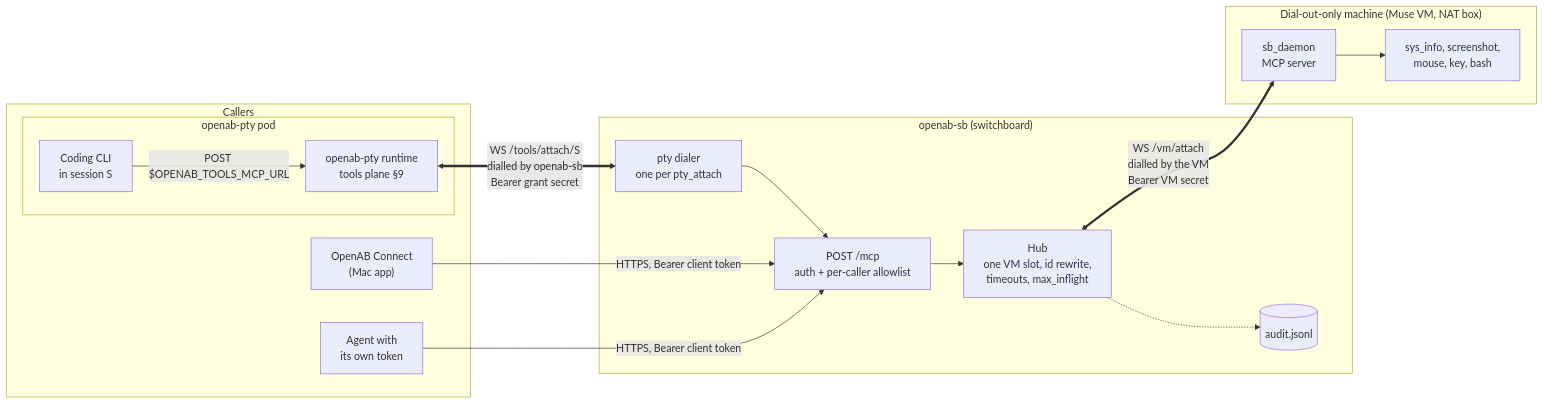
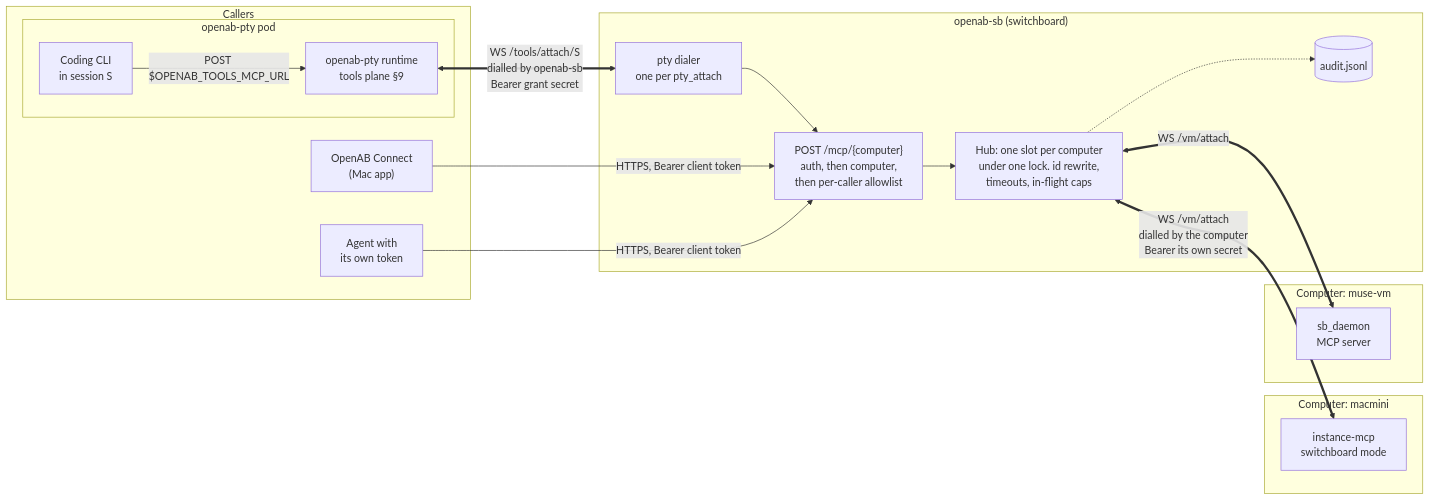
The diagram in README.md (openabdev/openab-sb), drawn with Mermaid before and after one commit. The commit also changed other lines of this file and 10 other files, not shown here.

First line of the commit message:
feat: v2 — one switchboard, many computers (#7)

````diff
--- a/README.md
+++ b/README.md
@@ -11,33 +15,35 @@
 ```mermaid
 flowchart LR
     subgraph callers["Callers"]
         connect["OpenAB Connect<br/>(Mac app)"]
         agent["Agent with<br/>its own token"]
         subgraph pod["openab-pty pod"]
             cli["Coding CLI<br/>in session S"]
             rt["openab-pty runtime<br/>tools plane §9"]
             cli -- "POST $OPENAB_TOOLS_MCP_URL" --> rt
         end
     end
 
     subgraph sb["openab-sb (switchboard)"]
-        mcp["POST /mcp<br/>auth + per-caller allowlist"]
+        mcp["POST /mcp/{computer}<br/>auth, then computer,<br/>then per-caller allowlist"]
         dialer["pty dialer<br/>one per pty_attach"]
-        hub["Hub<br/>one VM slot, id rewrite,<br/>timeouts, max_inflight"]
+        hub["Hub: one slot per computer<br/>under one lock. id rewrite,<br/>timeouts, in-flight caps"]
         audit[("audit.jsonl")]
         dialer --> mcp
         mcp --> hub
         hub -.-> audit
     end
 
-    subgraph vm["Dial-out-only machine (Muse VM, NAT box)"]
+    subgraph macmini["Computer: macmini"]
+        imcp["instance-mcp<br/>switchboard mode"]
+    end
+    subgraph vm["Computer: muse-vm"]
         daemon["sb_daemon<br/>MCP server"]
-        tools["sys_info, screenshot,<br/>mouse, key, bash"]
-        daemon --> tools
     end
 
     connect -- "HTTPS, Bearer client token" --> mcp
     agent -- "HTTPS, Bearer client token" --> mcp
     rt <== "WS /tools/attach/S<br/>dialled by openab-sb<br/>Bearer grant secret" ==> dialer
-    hub <== "WS /vm/attach<br/>dialled by the VM<br/>Bearer VM secret" ==> daemon
+    hub <== "WS /vm/attach<br/>dialled by the computer<br/>Bearer its own secret" ==> imcp
+    hub <== "WS /vm/attach" ==> daemon
 ```
````
